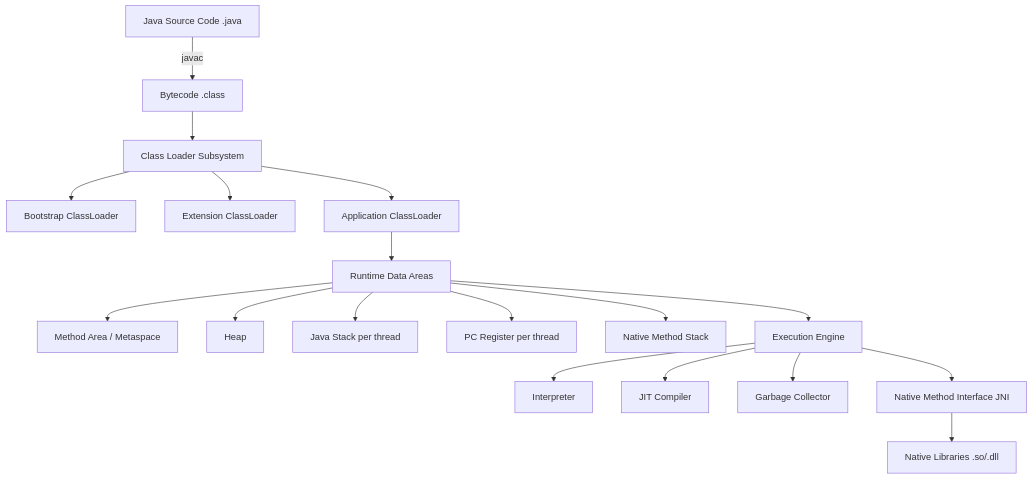
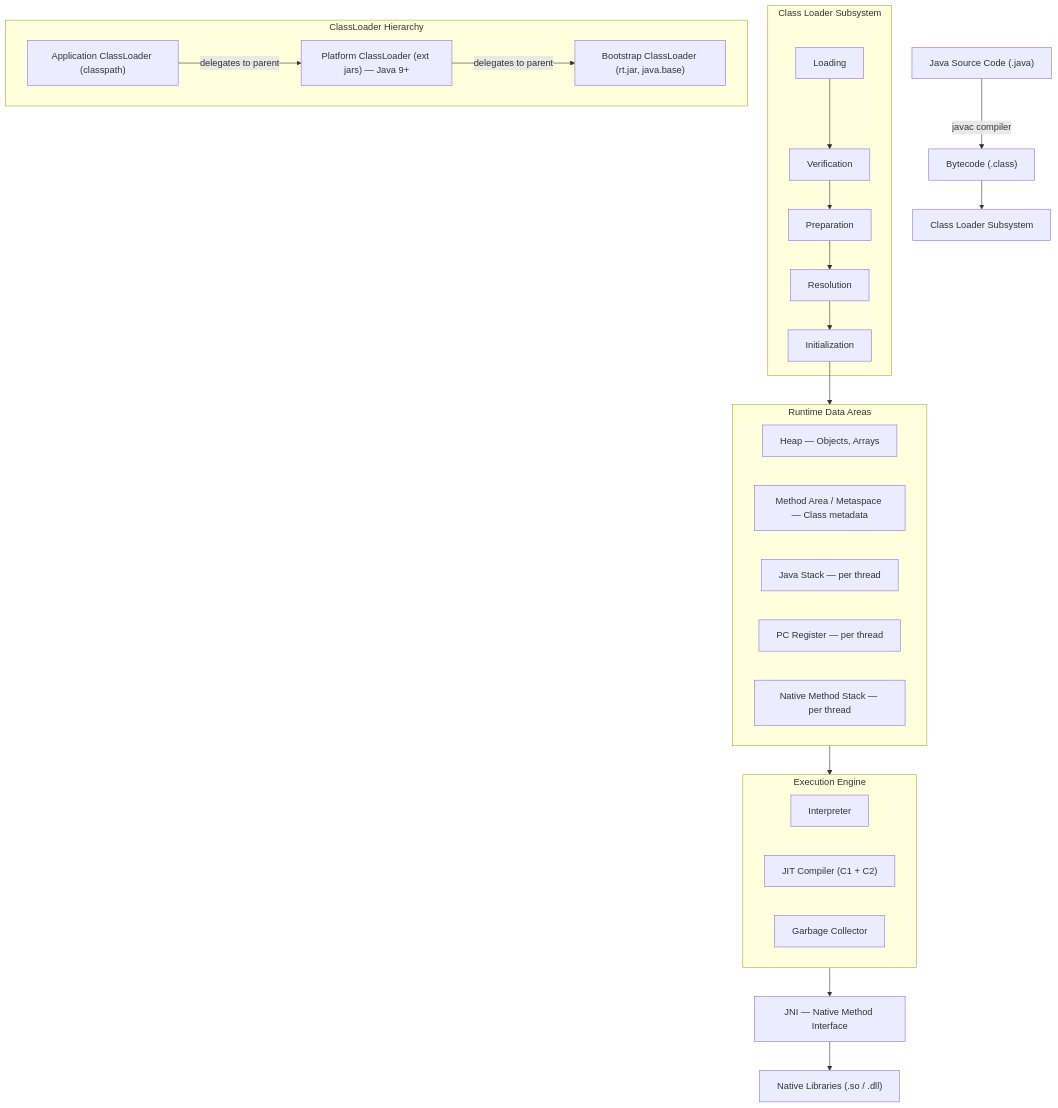
The first of 22 diagrams in section-01-core-java.md (adityaSrivastava29/backend-interview-guide), drawn with Mermaid before and after one commit. The commit also changed other lines of this file and 3 other files, not shown here.

````diff
--- a/section-01-core-java.md
+++ b/section-01-core-java.md
@@ -50,20 +107,41 @@
 ```mermaid
 flowchart TD
-    A[Java Source Code .java] -->|javac| B[Bytecode .class]
+    A["Java Source Code (.java)"] -->|javac compiler| B["Bytecode (.class)"]
     B --> C[Class Loader Subsystem]
-    C --> D[Bootstrap ClassLoader]
-    C --> E[Extension ClassLoader]
-    C --> F[Application ClassLoader]
-    F --> G[Runtime Data Areas]
-    G --> H[Method Area / Metaspace]
-    G --> I[Heap]
-    G --> J[Java Stack per thread]
-    G --> K[PC Register per thread]
-    G --> L[Native Method Stack]
-    G --> M[Execution Engine]
-    M --> N[Interpreter]
-    M --> O[JIT Compiler]
-    M --> P[Garbage Collector]
-    M --> Q[Native Method Interface JNI]
-    Q --> R[Native Libraries .so/.dll]
+
+    subgraph CLS[Class Loader Subsystem]
+        C1[Loading] --> C2[Verification]
+        C2 --> C3[Preparation]
+        C3 --> C4[Resolution]
+        C4 --> C5[Initialization]
+    end
+
+    subgraph LOADERS[ClassLoader Hierarchy]
+        L1["Bootstrap ClassLoader (rt.jar, java.base)"]
+        L2["Platform ClassLoader (ext jars) — Java 9+"]
+        L3["Application ClassLoader (classpath)"]
+        L3 -->|delegates to parent| L2
+        L2 -->|delegates to parent| L1
+    end
+
+    C5 --> RDA
+
+    subgraph RDA[Runtime Data Areas]
+        H[Heap — Objects, Arrays]
+        MA["Method Area / Metaspace — Class metadata"]
+        JS["Java Stack — per thread"]
+        PC["PC Register — per thread"]
+        NMS["Native Method Stack — per thread"]
+    end
+
+    RDA --> EE
+
+    subgraph EE[Execution Engine]
+        INT[Interpreter]
+        JIT["JIT Compiler (C1 + C2)"]
+        GC[Garbage Collector]
+    end
+
+    EE --> JNI[JNI — Native Method Interface]
+    JNI --> NL["Native Libraries (.so / .dll)"]
 ```
````
